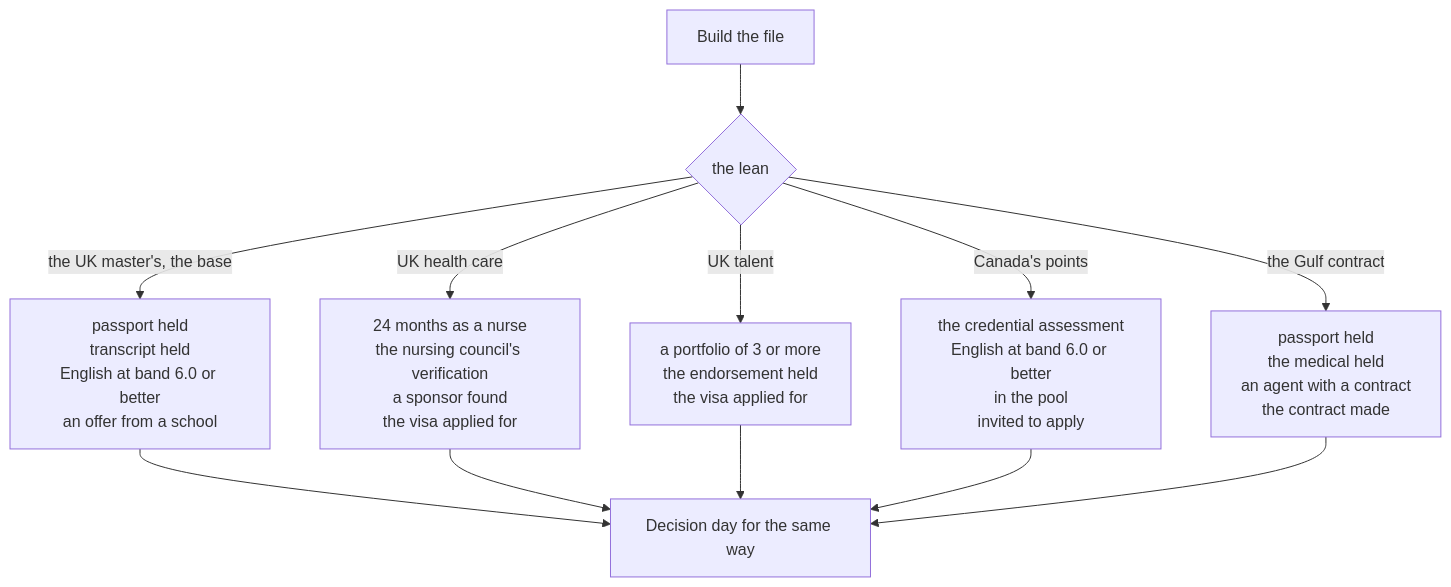
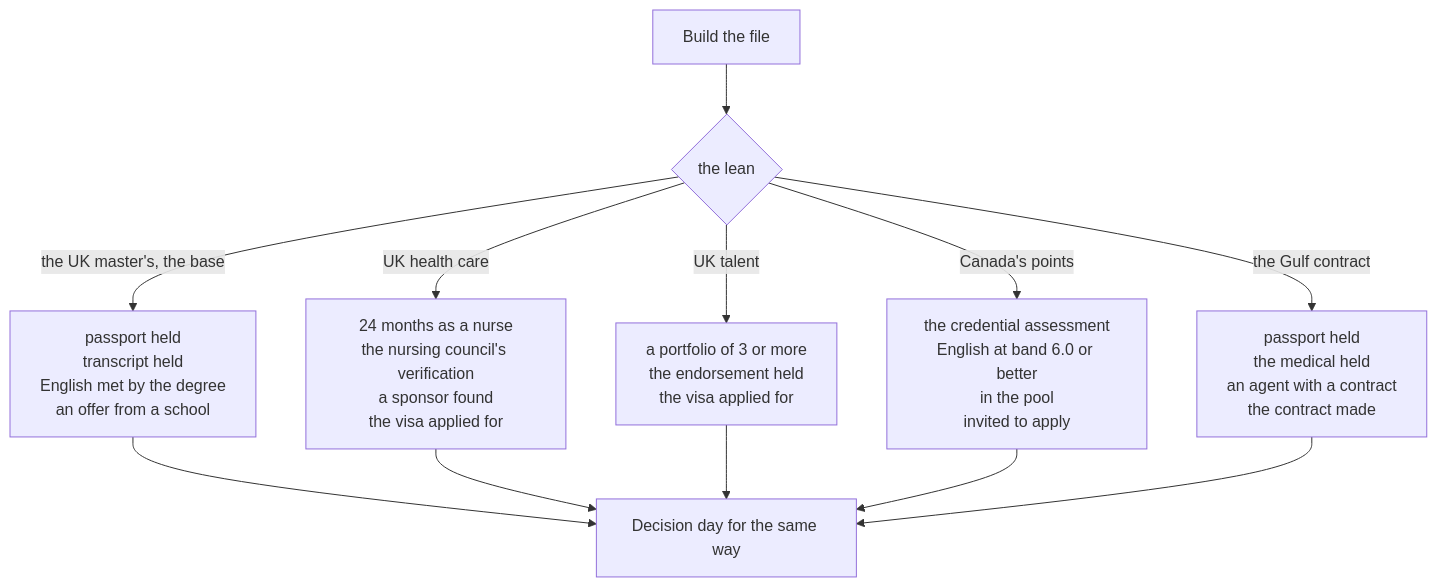
The third of 5 diagrams in docs/site/built/chapters.md (buildlab-studio/japacity), drawn with Mermaid before and after one commit. The commit also changed 13 other files, not shown here.

Commit message:
The docs site states what holds: the ready lives' living and cash, the invite's 14 days, the flight's fare, the master's English met by the degree, the first migration, the hero picture, landing together, and no history section

````diff
--- a/docs/site/built/chapters.md
+++ b/docs/site/built/chapters.md
@@ -49,14 +49,14 @@
 ```mermaid
 flowchart TD
   F["Build the file"] --> L{"the lean"}
-  L -->|"the UK master's, the base"| MA["passport held<br/>transcript held<br/>English at band 6.0 or better<br/>an offer from a school"]
+  L -->|"the UK master's, the base"| MA["passport held<br/>transcript held<br/>English met by the degree<br/>an offer from a school"]
   L -->|"UK health care"| CA["24 months as a nurse<br/>the nursing council's verification<br/>a sponsor found<br/>the visa applied for"]
   L -->|"UK talent"| TA["a portfolio of 3 or more<br/>the endorsement held<br/>the visa applied for"]
   L -->|"Canada's points"| PO["the credential assessment<br/>English at band 6.0 or better<br/>in the pool<br/>invited to apply"]
   L -->|"the Gulf contract"| GU["passport held<br/>the medical held<br/>an agent with a contract<br/>the contract made"]
   MA --> D["Decision day for the same way"]
   CA --> D
   TA --> D
   PO --> D
   GU --> D
 ```
````
